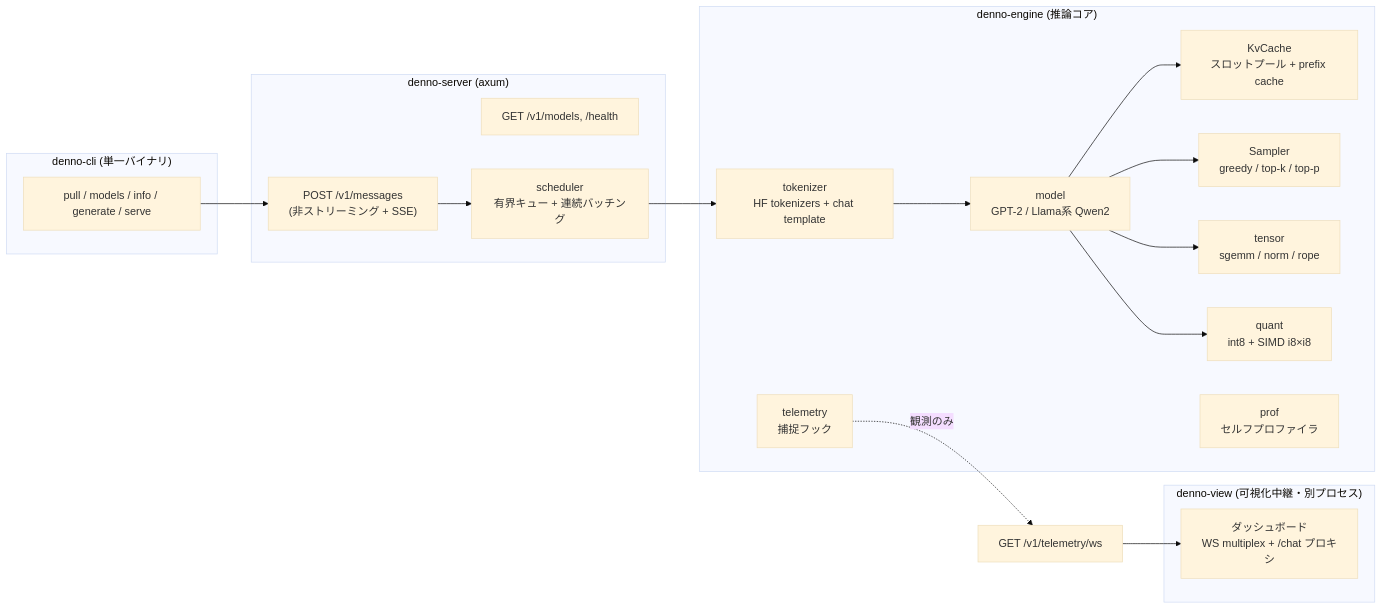
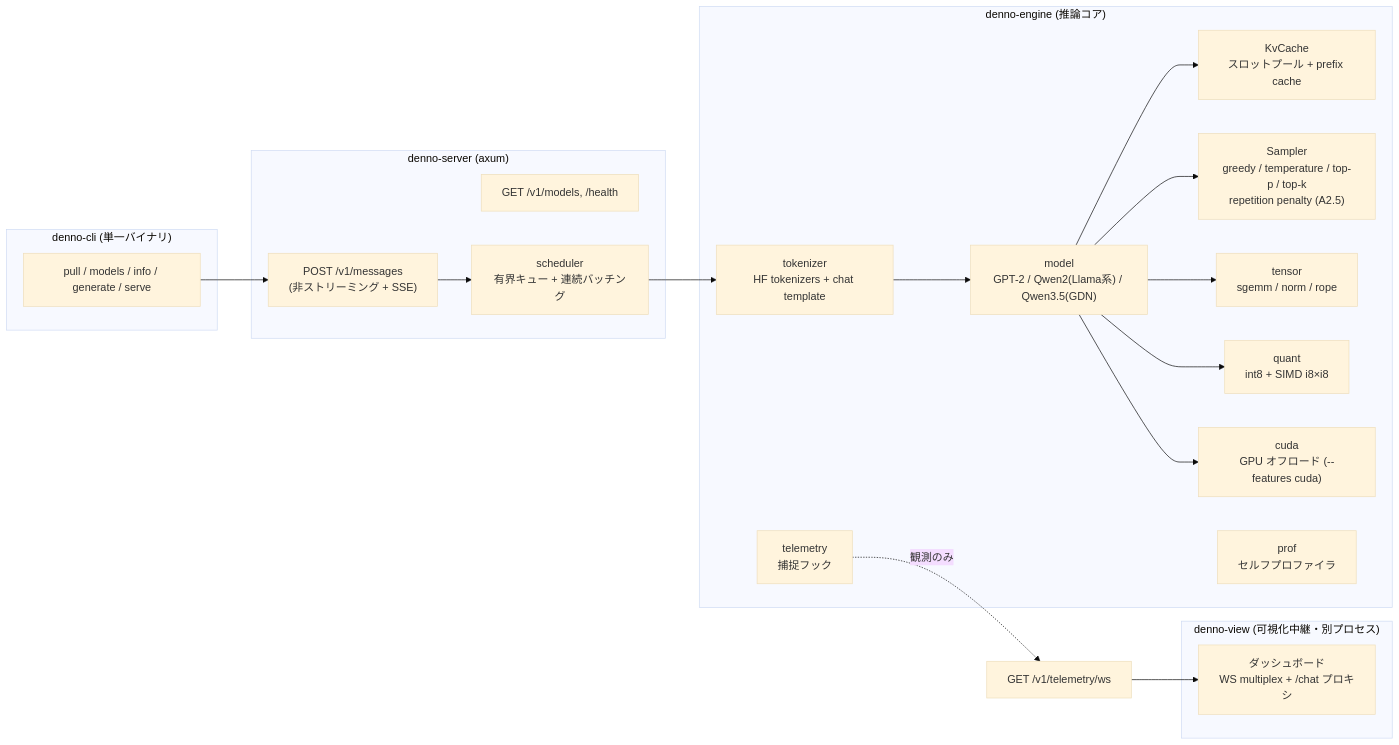
The first of 10 diagrams in docs/ARCHITECTURE.ja.md (ahinore/denno-beta), drawn with Mermaid (base theme) before and after one commit. The commit also changed other lines of this file and 1 other file, not shown here.

Commit message:
docs: アーキテクチャ解説を現状に同期 (CUDA 節を実装済み構成に書き直し+Qwen3.5 を全体図へ)

````diff
--- a/docs/ARCHITECTURE.ja.md
+++ b/docs/ARCHITECTURE.ja.md
@@ -21,30 +21,32 @@
 ```mermaid
 flowchart LR
     subgraph CLI["denno-cli (単一バイナリ)"]
         A[pull / models / info / generate / serve]
     end
     subgraph Server["denno-server (axum)"]
         B["POST /v1/messages<br/>(非ストリーミング + SSE)"]
         C["GET /v1/models, /health"]
         S[scheduler<br/>有界キュー + 連続バッチング]
     end
     subgraph Engine["denno-engine (推論コア)"]
         D[tokenizer<br/>HF tokenizers + chat template]
-        E[model<br/>GPT-2 / Llama系 Qwen2]
+        E["model<br/>GPT-2 / Qwen2(Llama系) / Qwen3.5(GDN)"]
         F[KvCache<br/>スロットプール + prefix cache]
-        G[Sampler<br/>greedy / top-k / top-p]
+        G["Sampler<br/>greedy / temperature / top-p / top-k<br/>repetition penalty (A2.5)"]
         T[tensor<br/>sgemm / norm / rope]
         Q[quant<br/>int8 + SIMD i8×i8]
+        U["cuda<br/>GPU オフロード (--features cuda)"]
         P[prof<br/>セルフプロファイラ]
         TL[telemetry<br/>捕捉フック]
     end
     subgraph View["denno-view (可視化中継・別プロセス)"]
         V[ダッシュボード<br/>WS multiplex + /chat プロキシ]
     end
     A --> B --> S --> D --> E --> T
     E --> F
     E --> G
     E --> Q
+    E --> U
     TL -.->|観測のみ| W2[GET /v1/telemetry/ws]
     W2 --> V
 ```
````
